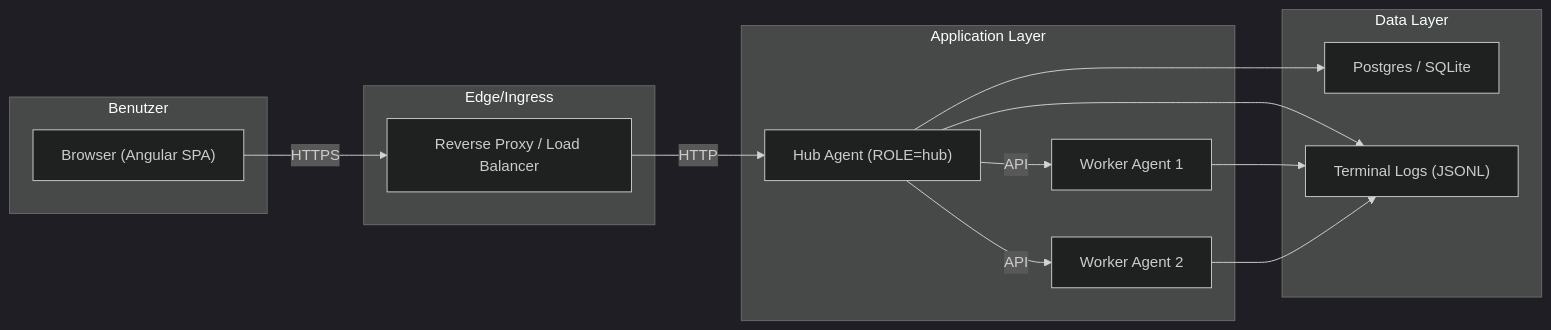
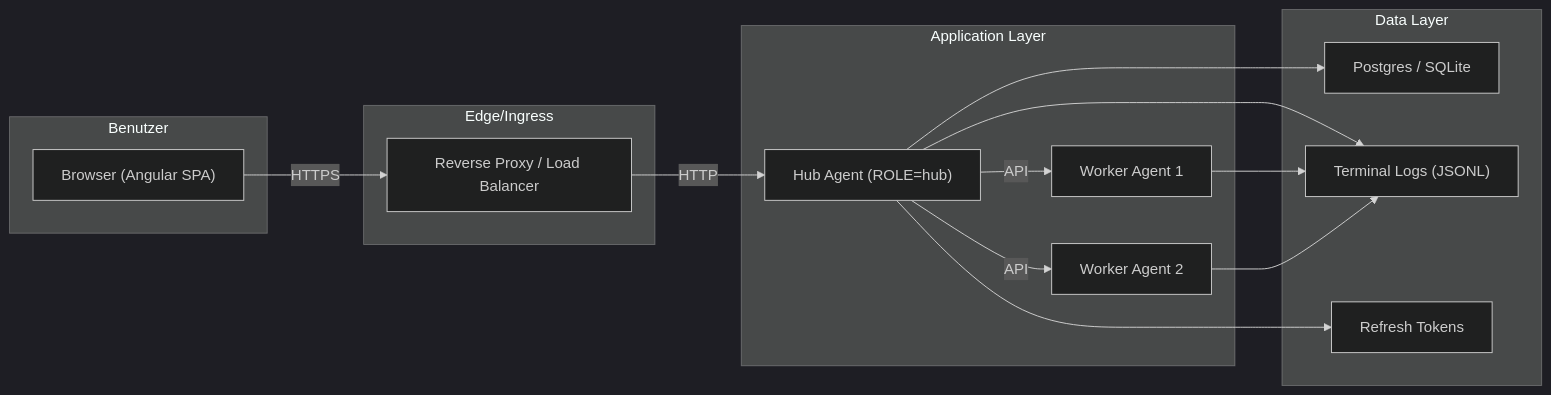
One commit to ananta888/ananta changed the diagram in architektur/uml/production-deployment.mmd. Above: the diagram before and after it, drawn with Mermaid (dark theme). The commit also changed 8 other files, not shown here.

First line of the commit message:
Enhance architecture diagrams for MFA integration and refactor models

```diff
--- a/architektur/uml/production-deployment.mmd
+++ b/architektur/uml/production-deployment.mmd
@@ -1,28 +1,30 @@
 flowchart LR
   subgraph Users["Benutzer"]
     Browser["Browser (Angular SPA)"]
   end
 
   subgraph Edge["Edge/Ingress"]
     LB["Reverse Proxy / Load Balancer"]
   end
 
   subgraph App["Application Layer"]
     Hub["Hub Agent (ROLE=hub)"]
     Worker1["Worker Agent 1"]
     Worker2["Worker Agent 2"]
   end
 
   subgraph Data["Data Layer"]
     DB["Postgres / SQLite"]
     Logs["Terminal Logs (JSONL)"]
+    Tokens["Refresh Tokens"]
   end
 
   Browser -->|HTTPS| LB
   LB -->|HTTP| Hub
   Hub -->|API| Worker1
   Hub -->|API| Worker2
   Hub --> DB
   Hub --> Logs
+  Hub --> Tokens
   Worker1 --> Logs
   Worker2 --> Logs
```
